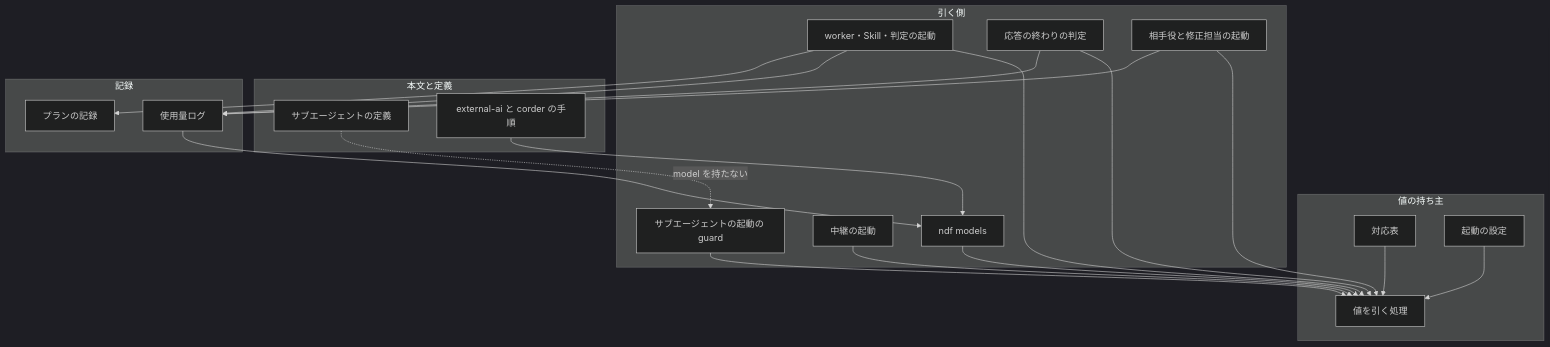
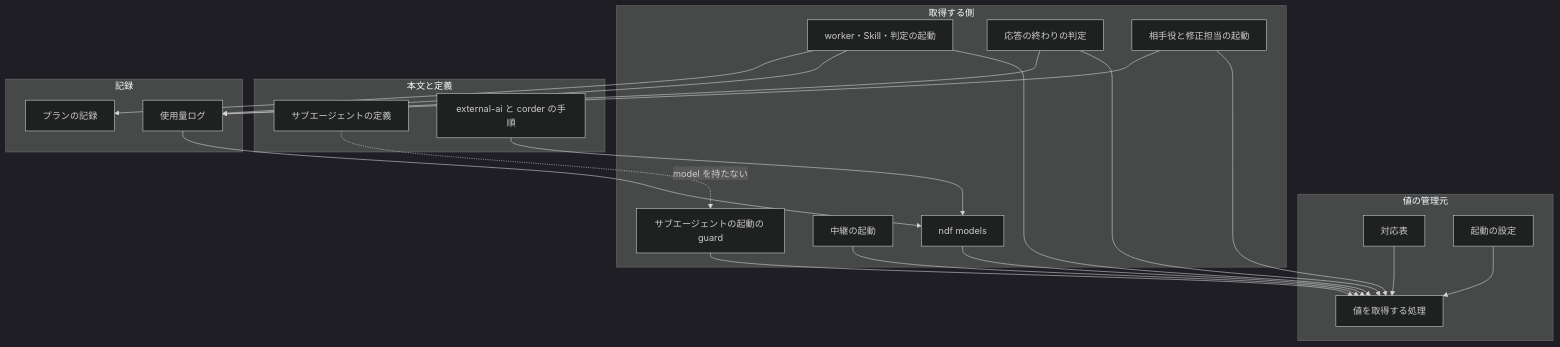
Before and after one commit to devbasex/ai-plugins: the third of 4 diagrams in issues/issue-2944-design.md, drawn with Mermaid (dark theme). The commit also changed other lines of this file and 1 other file, not shown here.

````diff
--- a/issues/issue-2944-design.md
+++ b/issues/issue-2944-design.md
@@ -133,31 +133,31 @@
 ```mermaid
 graph TD
-    subgraph 値の持ち主
+    subgraph 値の管理元
         T[対応表]
         P[起動の設定]
-        R[値を引く処理]
+        R[値を取得する処理]
     end
-    subgraph 引く側
+    subgraph 取得する側
         M[ndf models]
         W[worker・Skill・判定の起動]
         H[応答の終わりの判定]
         S[相手役と修正担当の起動]
         Y[中継の起動]
         G[サブエージェントの起動の guard]
     end
     subgraph 本文と定義
         D[サブエージェントの定義]
         E[external-ai と corder の手順]
     end
     subgraph 記録
         U[使用量ログ]
         K[プランの記録]
     end
     T & P --> R
     M & W & H & S & Y & G --> R
     E --> M
     D -. model を持たない .-> G
     W & H & S --> U
     W --> K
     U --> M
 ```
````
